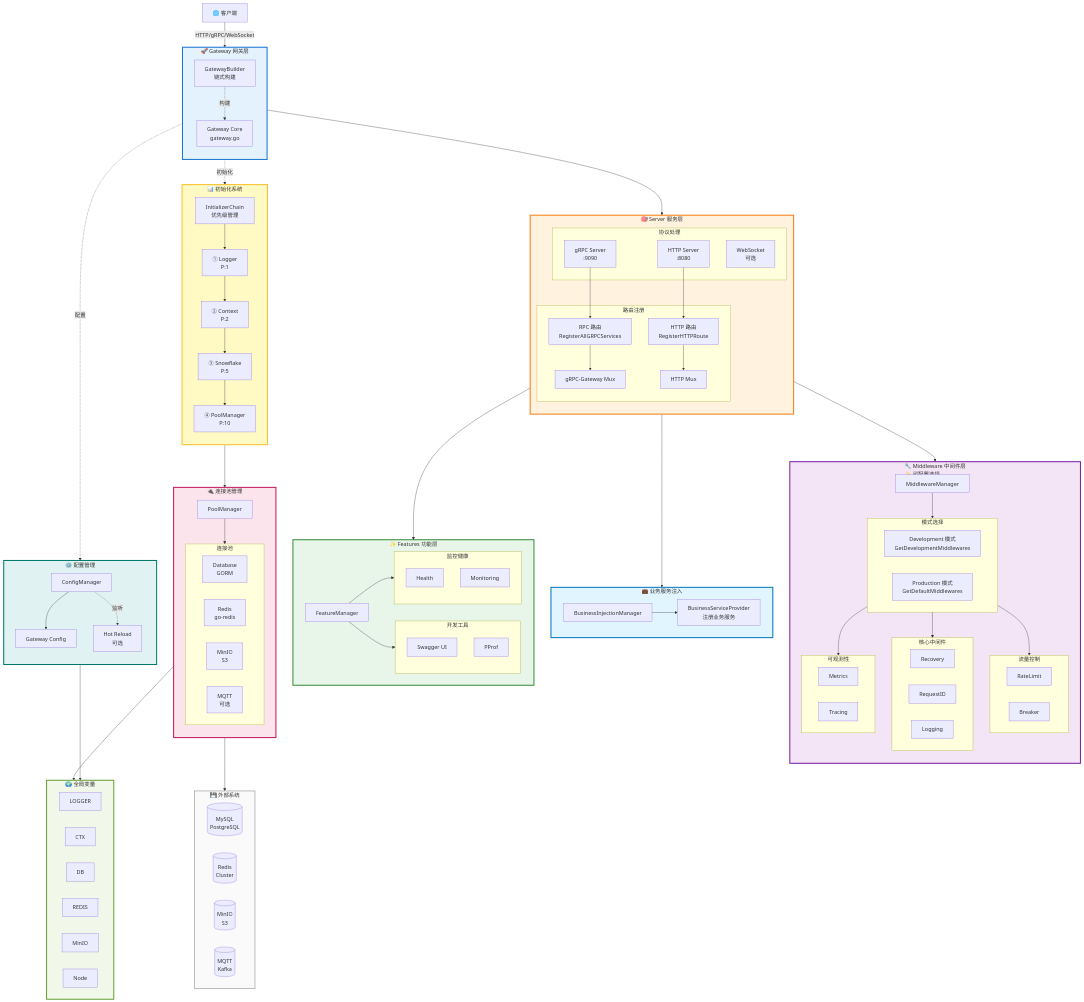
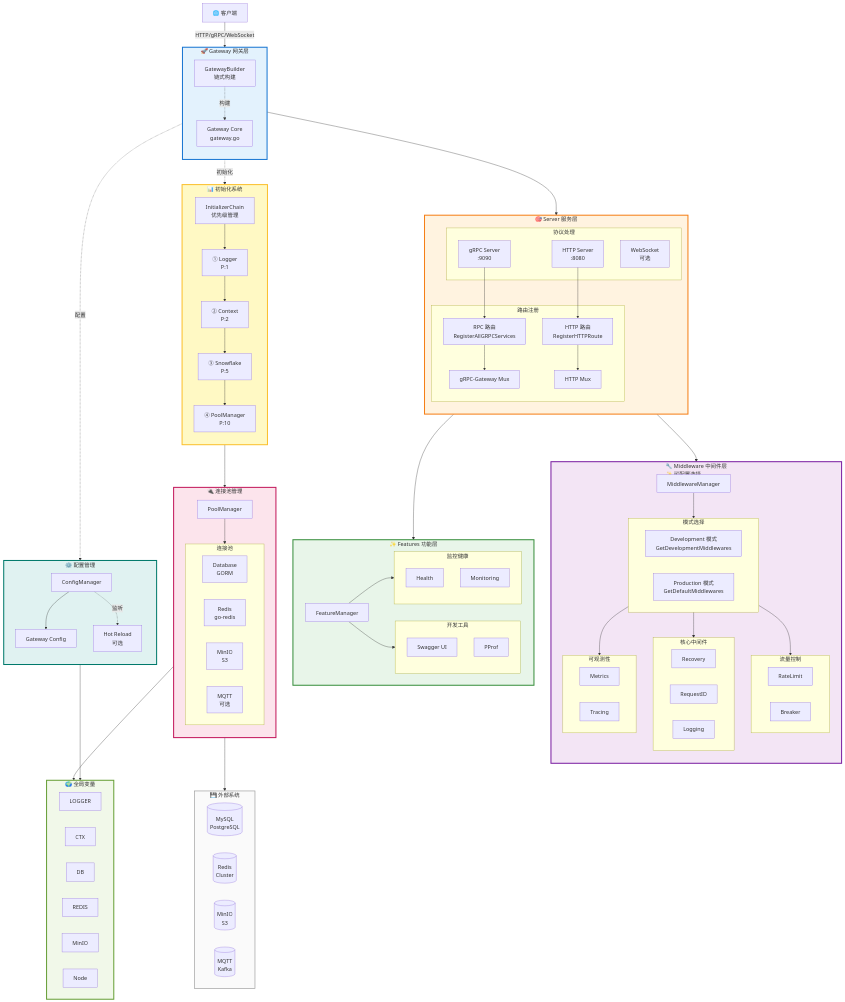
The first of 3 diagrams in README.md (kamalyes/go-rpc-gateway), drawn with Mermaid before and after one commit. The commit also changed 29 other files, not shown here.

```diff
--- a/README.md
+++ b/README.md
@@ -102,17 +102,6 @@
         ModeSelect --> Core_MW
         ModeSelect --> Flow_MW
         ModeSelect --> Obs_MW
-    end
-    
-    %% 业务注入层
-    Server --> BizInjection
-    
-    subgraph BizInjection["💼 业务服务注入"]
-        direction LR
-        BizManager["BusinessInjectionManager"]
-        BizProvider["BusinessServiceProvider\n注册业务服务"]
-        
-        BizManager --> BizProvider
     end
     
     %% 功能特性层
```
